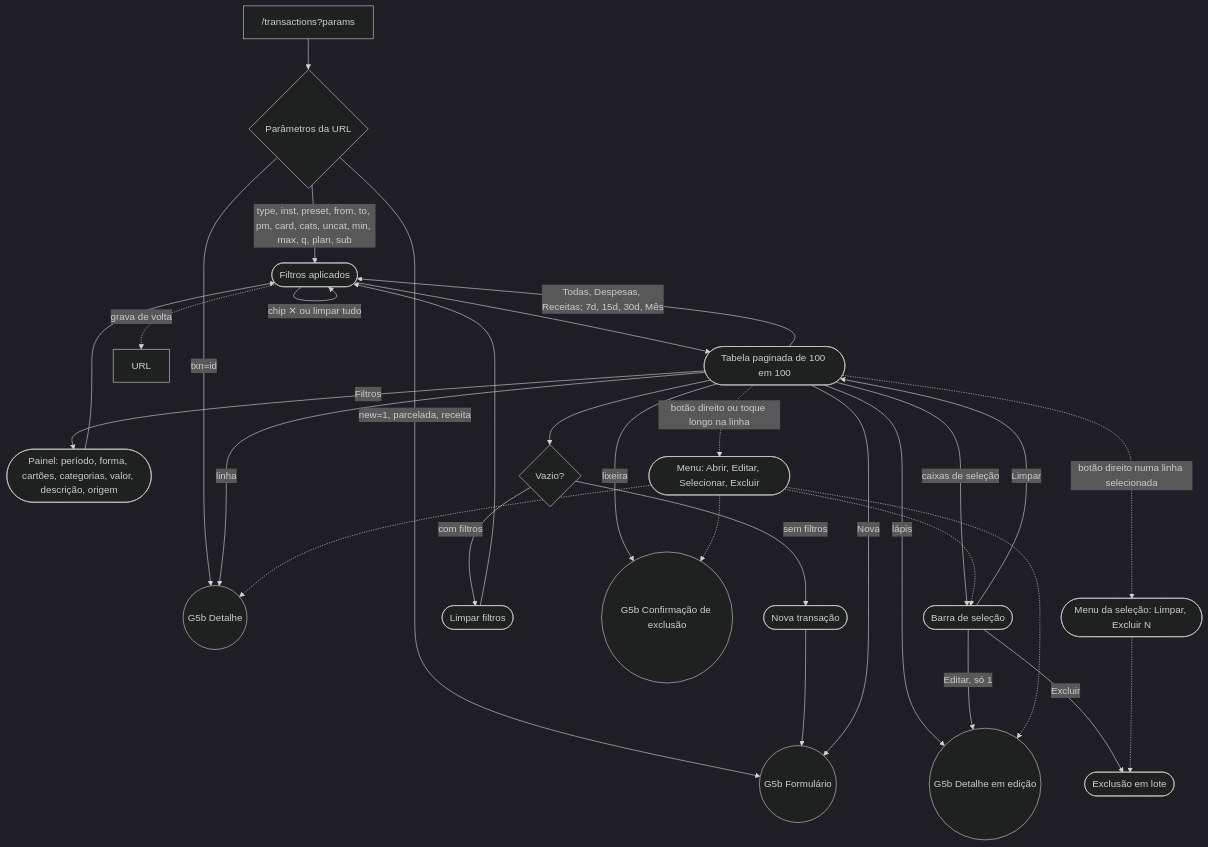
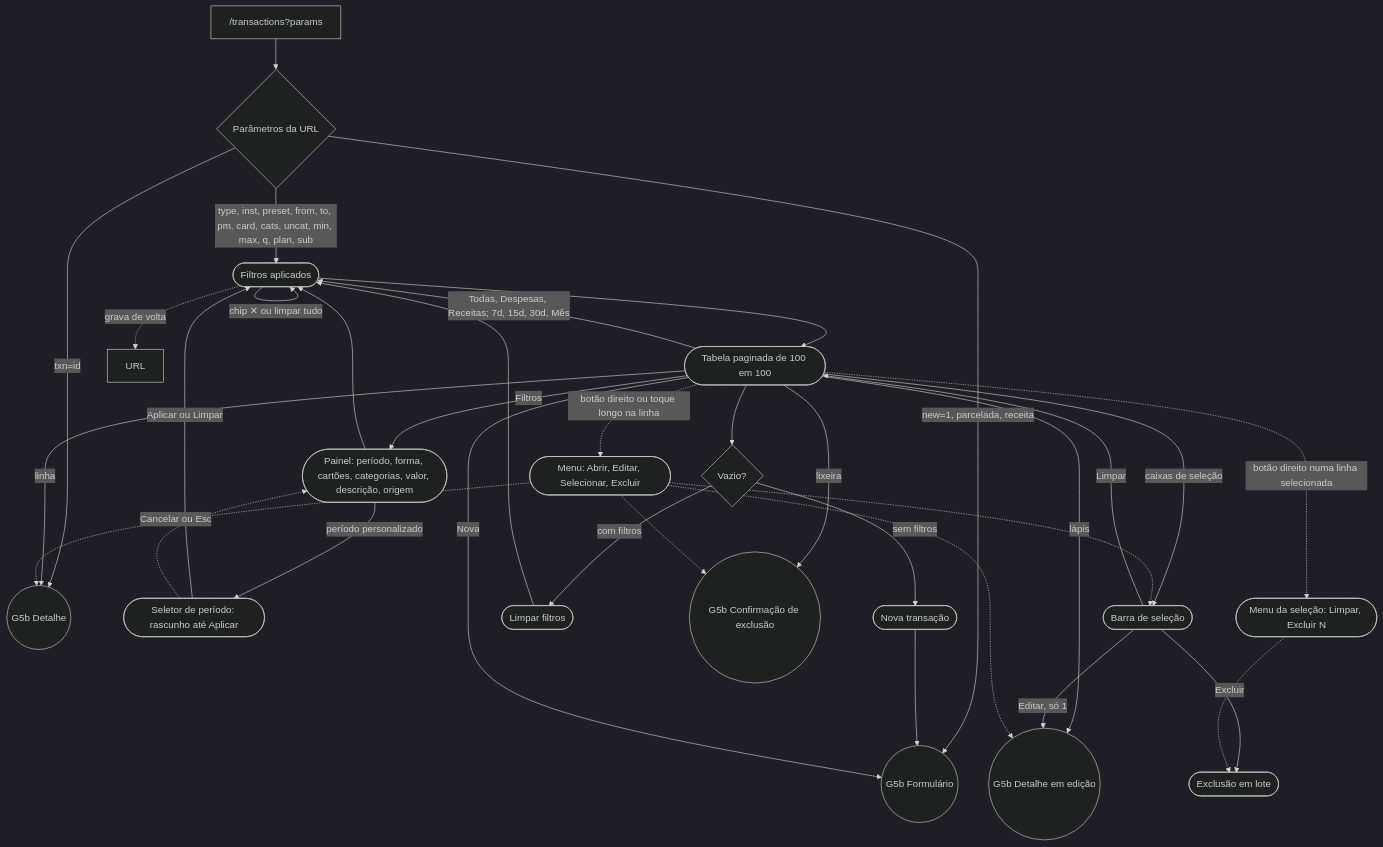
One commit to kauax2000/finance_app changed the eighth of 14 diagrams in docs/JORNADAS.md. Above: the diagram before and after it, drawn with Mermaid. The commit also changed other lines of this file and 18 other files, not shown here.

````diff
--- a/docs/JORNADAS.md
+++ b/docs/JORNADAS.md
@@ -402,34 +403,37 @@
 ```mermaid
 %%{init: {"theme": "dark"}}%%
 flowchart TD
     entry["/transactions?params"] --> parse{"Parâmetros da URL"}
     parse -->|"type, inst, preset, from, to, pm, card, cats, uncat, min, max, q, plan, sub"| filters(["Filtros aplicados"])
     parse -->|"new=1, parcelada, receita"| form(("G5b Formulário"))
     parse -->|"txn=id"| detail(("G5b Detalhe"))
 
     filters --> list(["Tabela paginada de 100 em 100"])
     list -->|"Todas, Despesas, Receitas; 7d, 15d, 30d, Mês"| filters
     list -->|"Filtros"| panel(["Painel: período, forma, cartões, categorias, valor, descrição, origem"]) --> filters
+    panel -->|"período personalizado"| rangePick(["Seletor de período: rascunho até Aplicar"])
+    rangePick -->|"Aplicar ou Limpar"| filters
+    rangePick -.->|"Cancelar ou Esc"| panel
     filters -->|"chip ✕ ou limpar tudo"| filters
     filters -.->|"grava de volta"| url["URL"]
 
     list --> empty{"Vazio?"}
     empty -->|"sem filtros"| newTx(["Nova transação"]) --> form
     empty -->|"com filtros"| clear(["Limpar filtros"]) --> filters
 
     list -->|"Nova"| form
     list -->|"linha"| detail
     list -->|"lápis"| detailEdit(("G5b Detalhe em edição"))
     list -->|"lixeira"| delConfirm(("G5b Confirmação de exclusão"))
     list -->|"caixas de seleção"| selection(["Barra de seleção"])
     selection -->|"Editar, só 1"| detailEdit
     selection -->|"Excluir"| bulk(["Exclusão em lote"])
     selection -->|"Limpar"| list
     list -.->|"botão direito ou toque longo na linha"| rowMenu(["Menu: Abrir, Editar, Selecionar, Excluir"])
     rowMenu -.-> detail
     rowMenu -.-> detailEdit
     rowMenu -.-> selection
     rowMenu -.-> delConfirm
     list -.->|"botão direito numa linha selecionada"| selMenu(["Menu da seleção: Limpar, Excluir N"])
     selMenu -.-> bulk
 ```
````
